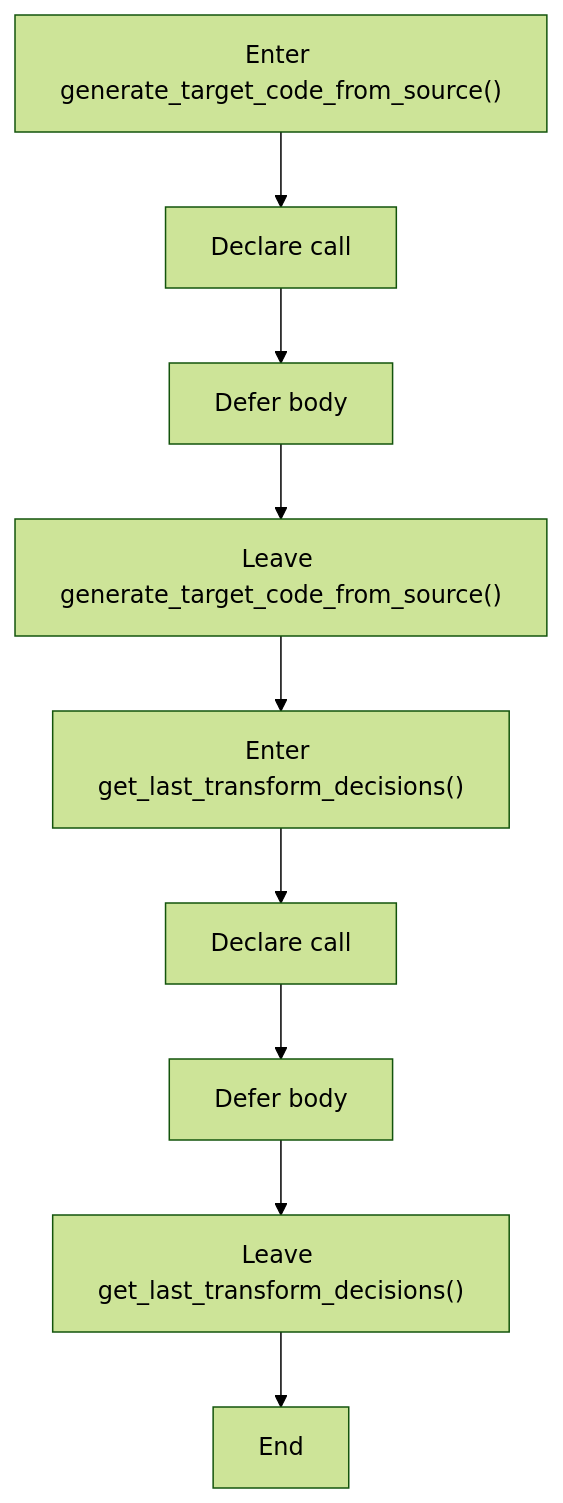
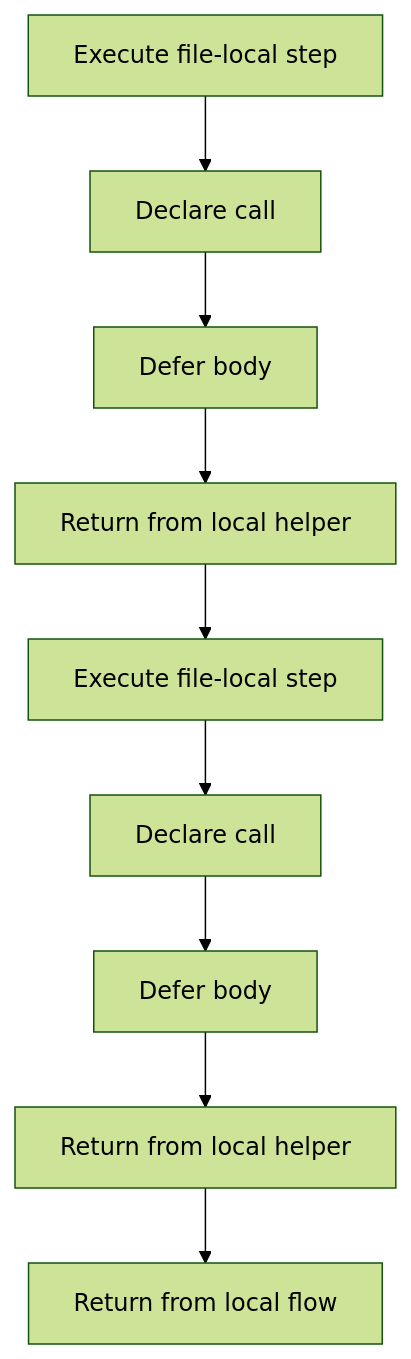
Before and after one commit to JohnAndrewBalbarosa/NeoTerritory: the second of 6 diagrams in docs/Codebase/Microservice/Modules/Header/SyntacticBrokenAST/Trees/Shared/code_generator.hpp.md, drawn with Mermaid (forest theme). The commit also changed other lines of this file and 925 other files, not shown here.

````diff
--- a/docs/Codebase/Microservice/Modules/Header/SyntacticBrokenAST/Trees/Shared/code_generator.hpp.md
+++ b/docs/Codebase/Microservice/Modules/Header/SyntacticBrokenAST/Trees/Shared/code_generator.hpp.md
@@ -56,20 +55,20 @@
 ```mermaid
 flowchart TD
-    N0["Enter generate_target_code_from_source()"]
+    N0["Execute file-local step"]
     N1["Declare call"]
     N2["Defer body"]
-    N3["Leave generate_target_code_from_source()"]
-    N4["Enter get_last_transform_decisions()"]
+    N3["Return from local helper"]
+    N4["Execute file-local step"]
     N5["Declare call"]
     N6["Defer body"]
-    N7["Leave get_last_transform_decisions()"]
-    N8["End"]
+    N7["Return from local helper"]
+    N8["Return from local flow"]
     N0 --> N1
     N1 --> N2
     N2 --> N3
     N3 --> N4
     N4 --> N5
     N5 --> N6
     N6 --> N7
     N7 --> N8
 ```
````
